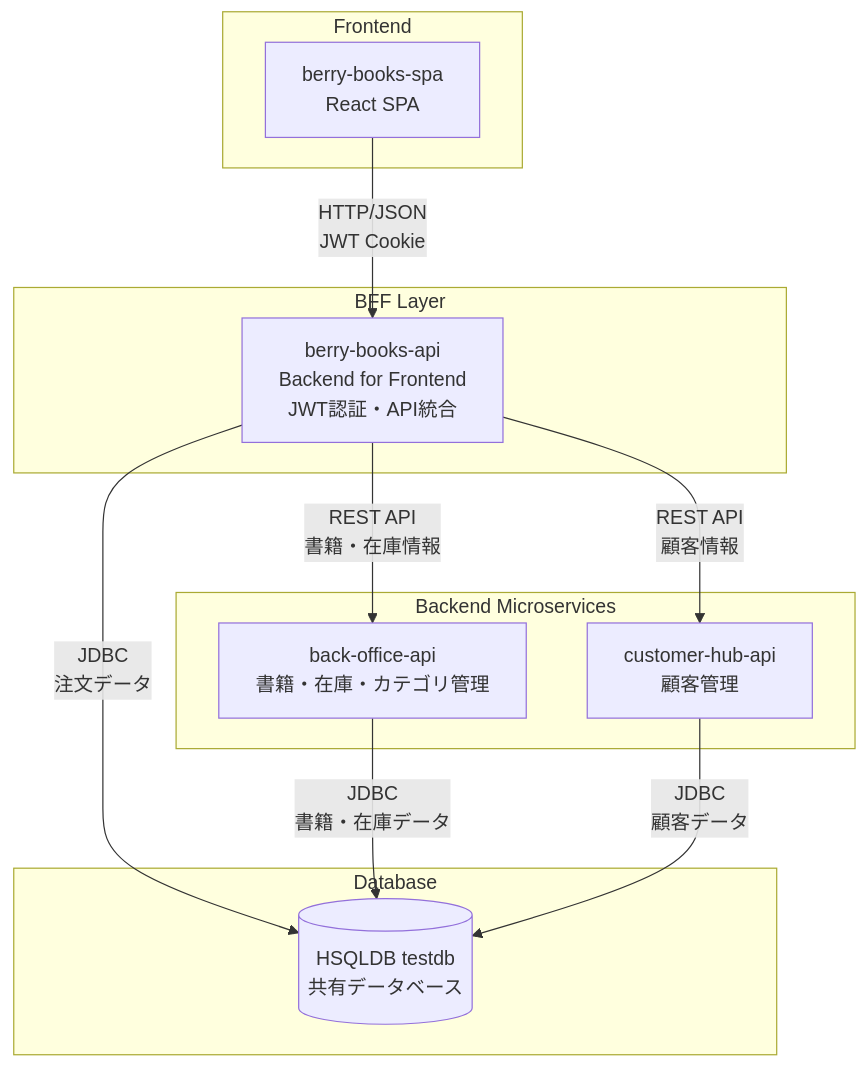
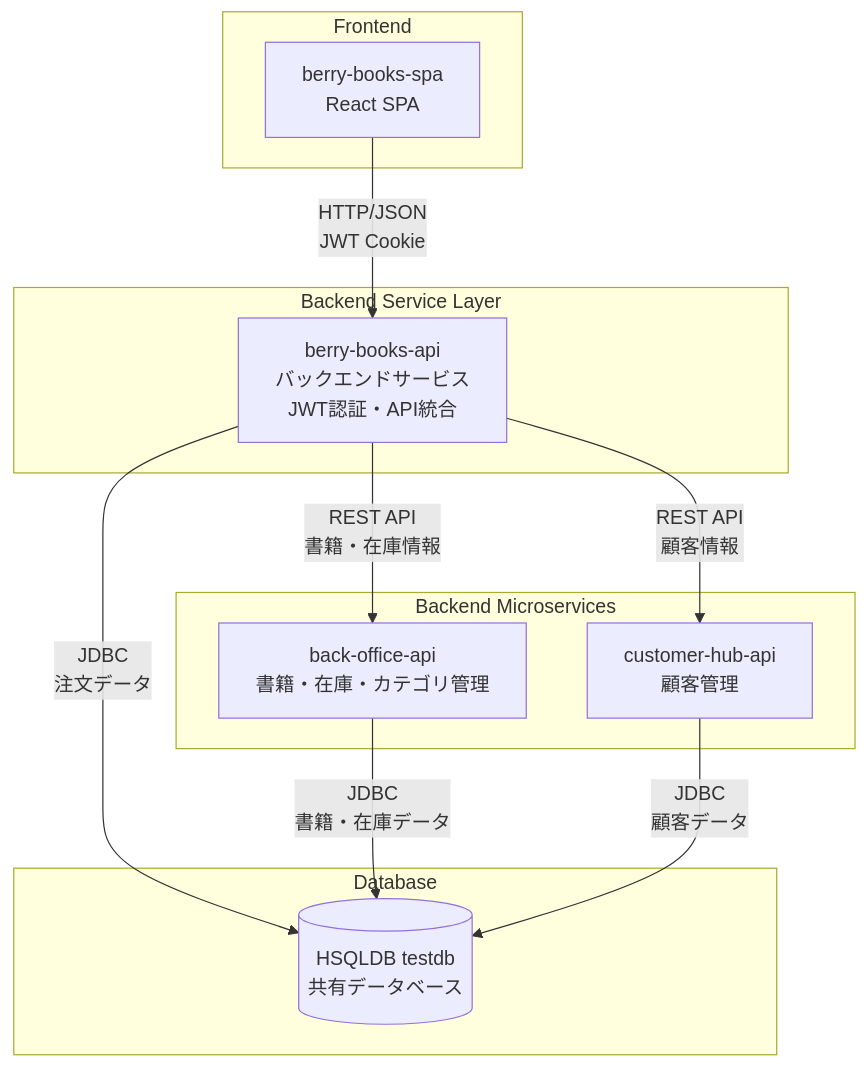
One commit to KenyaSaitoh/ai_driven_dev_202601 changed the second of 9 diagrams in projects/sdd/bookstore/berry-books-api-sdd/specs/baseline/system/architecture_design.md. Above: the diagram before and after it, drawn with Mermaid. The commit also changed other lines of this file and 69 other files, not shown here.

````diff
--- a/projects/sdd/bookstore/berry-books-api-sdd/specs/baseline/system/architecture_design.md
+++ b/projects/sdd/bookstore/berry-books-api-sdd/specs/baseline/system/architecture_design.md
@@ -80,26 +80,26 @@
 ```mermaid
 graph TB
     subgraph "Frontend"
         SPA[berry-books-spa<br/>React SPA]
     end
     
-    subgraph "BFF Layer"
-        BFF[berry-books-api<br/>Backend for Frontend<br/>JWT認証・API統合]
+    subgraph "Backend Service Layer"
+        BerryBooksAPI[berry-books-api<br/>バックエンドサービス<br/>JWT認証・API統合]
     end
     
     subgraph "Backend Microservices"
         BackOffice[back-office-api<br/>書籍・在庫・カテゴリ管理]
         CustomerHub[customer-hub-api<br/>顧客管理]
     end
     
     subgraph "Database"
         DB[(HSQLDB testdb<br/>共有データベース)]
     end
     
-    SPA -->|HTTP/JSON<br/>JWT Cookie| BFF
-    BFF -->|REST API<br/>書籍・在庫情報| BackOffice
-    BFF -->|REST API<br/>顧客情報| CustomerHub
-    BFF -->|JDBC<br/>注文データ| DB
+    SPA -->|HTTP/JSON<br/>JWT Cookie| BerryBooksAPI
+    BerryBooksAPI -->|REST API<br/>書籍・在庫情報| BackOffice
+    BerryBooksAPI -->|REST API<br/>顧客情報| CustomerHub
+    BerryBooksAPI -->|JDBC<br/>注文データ| DB
     BackOffice -->|JDBC<br/>書籍・在庫データ| DB
     CustomerHub -->|JDBC<br/>顧客データ| DB
 ```
````
